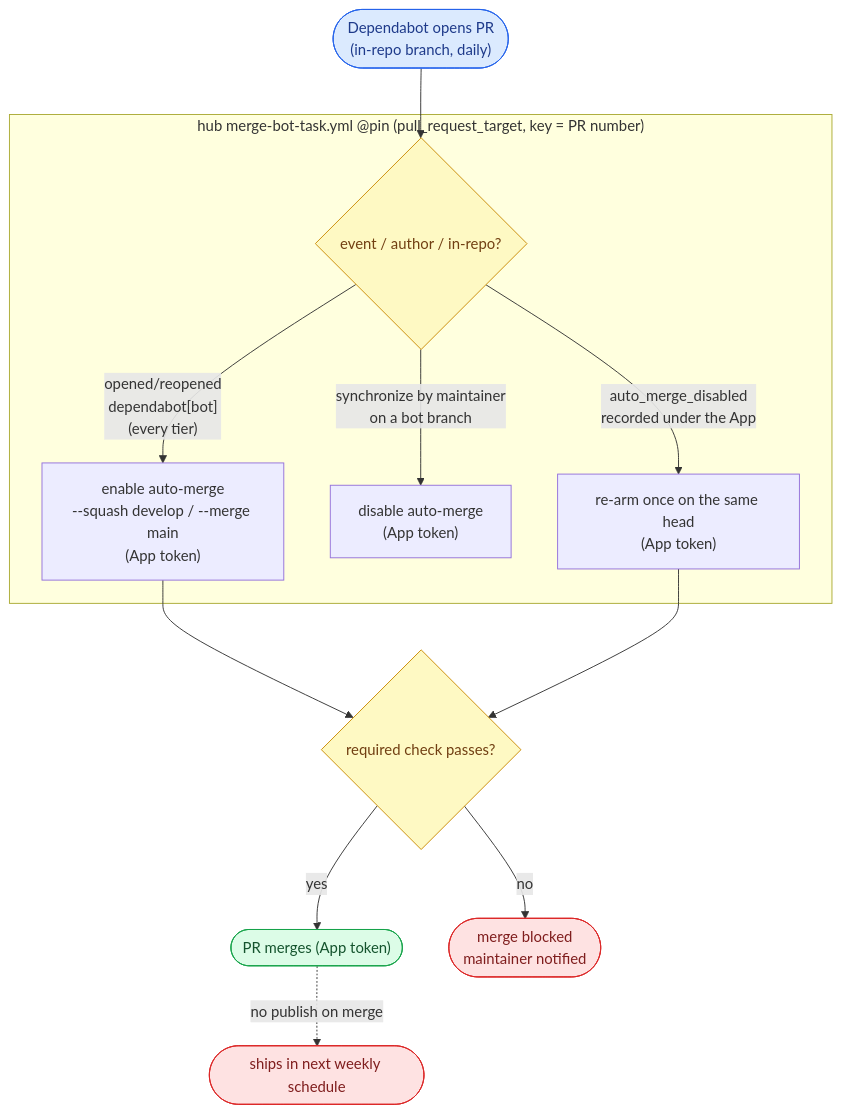
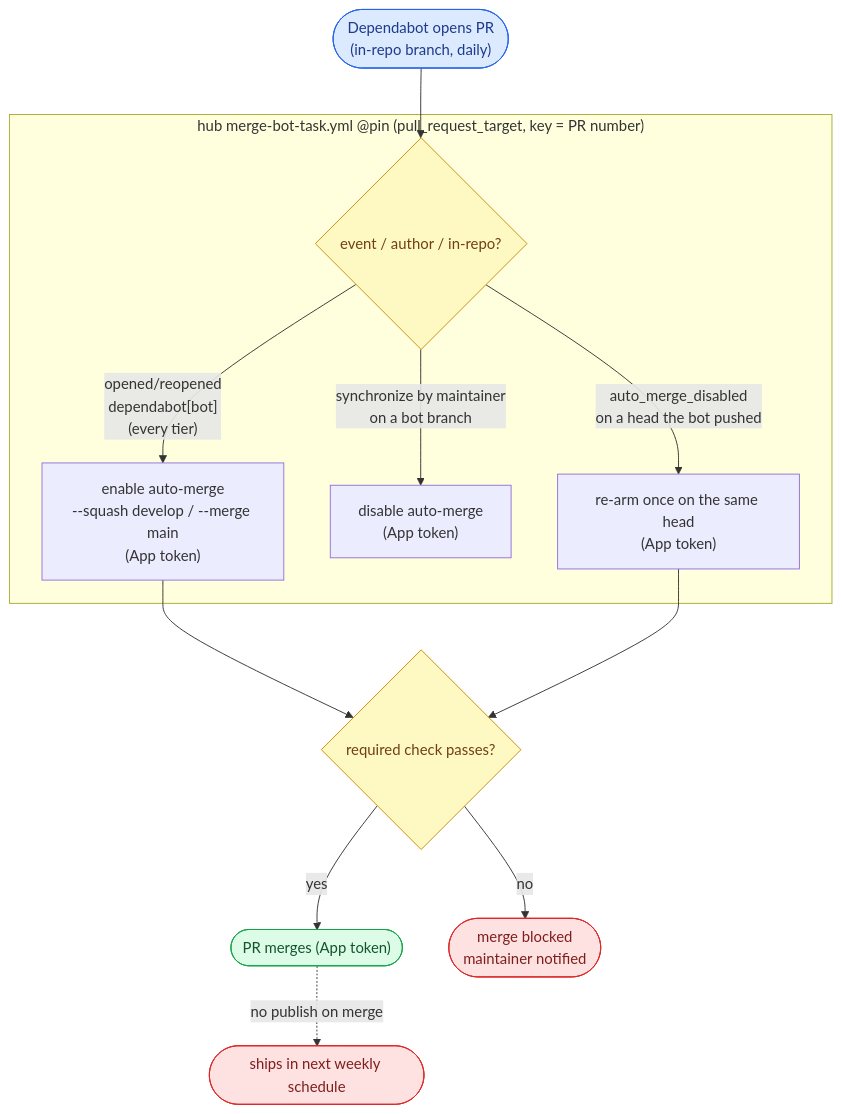
The third of 3 diagrams in WORKFLOW.md (ptr727/PlexCleaner), drawn with Mermaid before and after one commit. The commit also changed other lines of this file, not shown here.

Commit message:
Leave the Maintainer-Push Disable Out of the Re-Arm Contract

````diff
--- a/WORKFLOW.md
+++ b/WORKFLOW.md
@@ -307,19 +307,19 @@
 ```mermaid
 flowchart TD
     DEP(["Dependabot opens PR<br/>(in-repo branch, daily)"]):::trig --> MB
     subgraph MBT ["hub merge-bot-task.yml @pin (pull_request_target, key = PR number)"]
         MB{"event / author / in-repo?"}:::gate
         MB -- "opened/reopened<br/>dependabot[bot]<br/>(every tier)" --> EN["enable auto-merge<br/>--squash develop / --merge main<br/>(App token)"]
         MB -- "synchronize by maintainer<br/>on a bot branch" --> DIS["disable auto-merge<br/>(App token)"]
-        MB -- "auto_merge_disabled<br/>recorded under the App" --> RE["re-arm once on the same head<br/>(App token)"]
+        MB -- "auto_merge_disabled<br/>on a head the bot pushed" --> RE["re-arm once on the same head<br/>(App token)"]
     end
     EN --> CK{"required check passes?"}:::gate
     RE --> CK
     CK -- "yes" --> MRG(["PR merges (App token)"]):::pub
     CK -- "no" --> BLK(["merge blocked<br/>maintainer notified"]):::stop
     MRG -. "no publish on merge" .-> NEXT(["ships in next weekly schedule"]):::stop
     classDef trig fill:#dbeafe,stroke:#2563eb,color:#1e3a8a
     classDef gate fill:#fef9c3,stroke:#ca8a04,color:#713f12
     classDef pub fill:#dcfce7,stroke:#16a34a,color:#14532d
     classDef stop fill:#fee2e2,stroke:#dc2626,color:#7f1d1d
 ```
````
